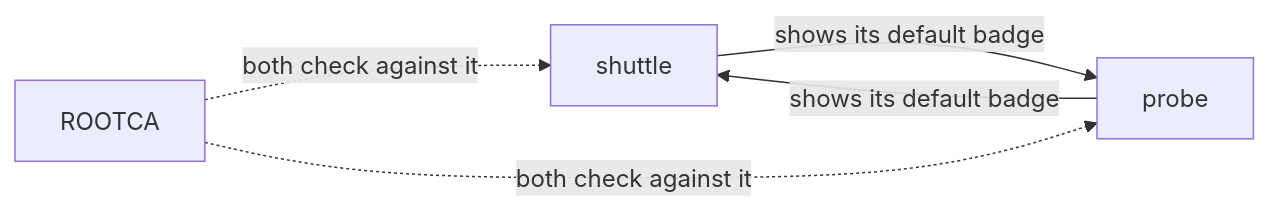
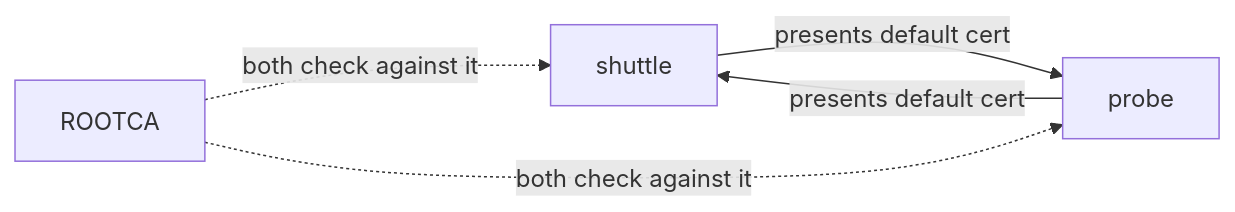
The first of 2 diagrams in sections/section-010/module-01/course-02-read-the-badge-a-ship-carries.md (astrona-io/ATS015), drawn with Mermaid before and after one commit. The commit also changed other lines of this file and 24 other files, not shown here.

````diff
--- a/sections/section-010/module-01/course-02-read-the-badge-a-ship-carries.md
+++ b/sections/section-010/module-01/course-02-read-the-badge-a-ship-carries.md
@@ -53,7 +53,7 @@
 ```mermaid
 flowchart LR
-    S["shuttle"] -->|"shows its default badge"| P["probe"]
-    P -->|"shows its default badge"| S
+    S["shuttle"] -->|"presents default cert"| P["probe"]
+    P -->|"presents default cert"| S
     R["ROOTCA"] -.->|"both check against it"| S
     R -.->|"both check against it"| P
 ```
````
